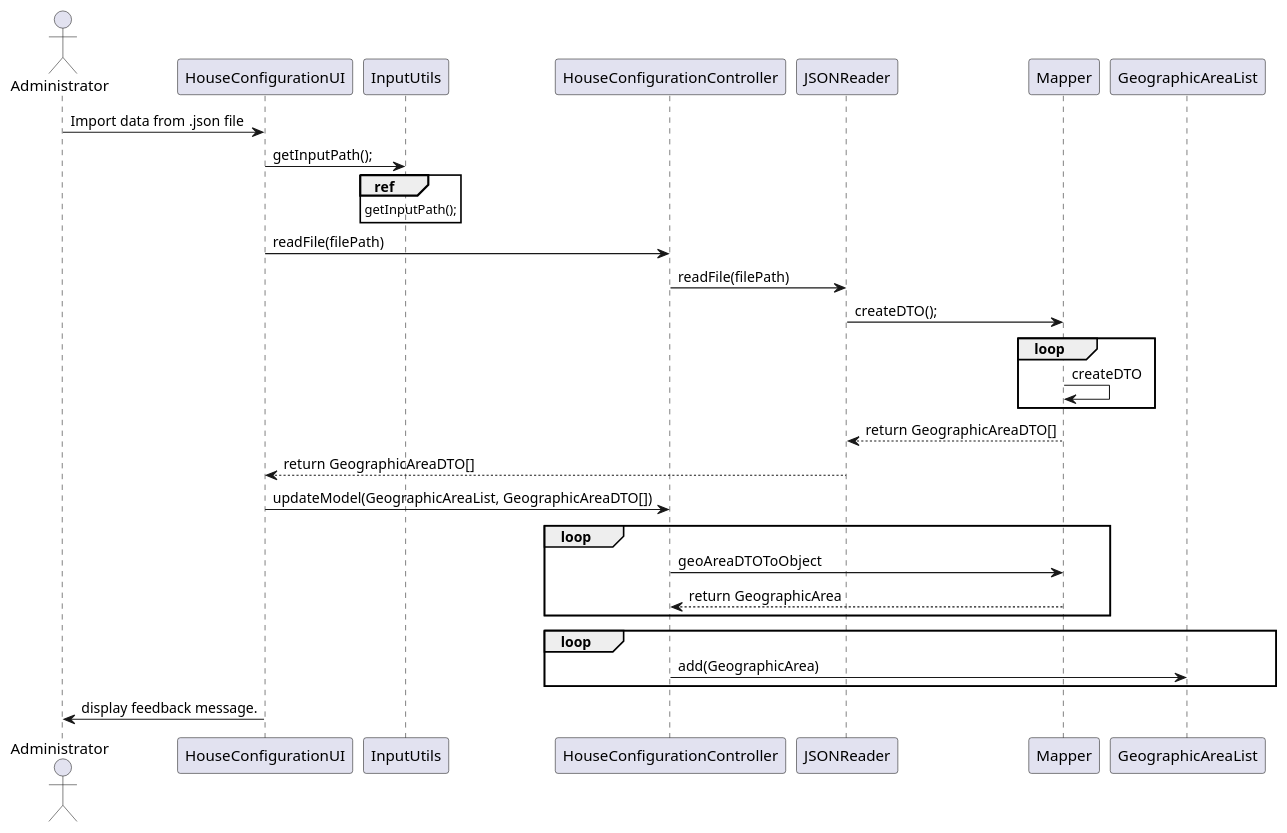
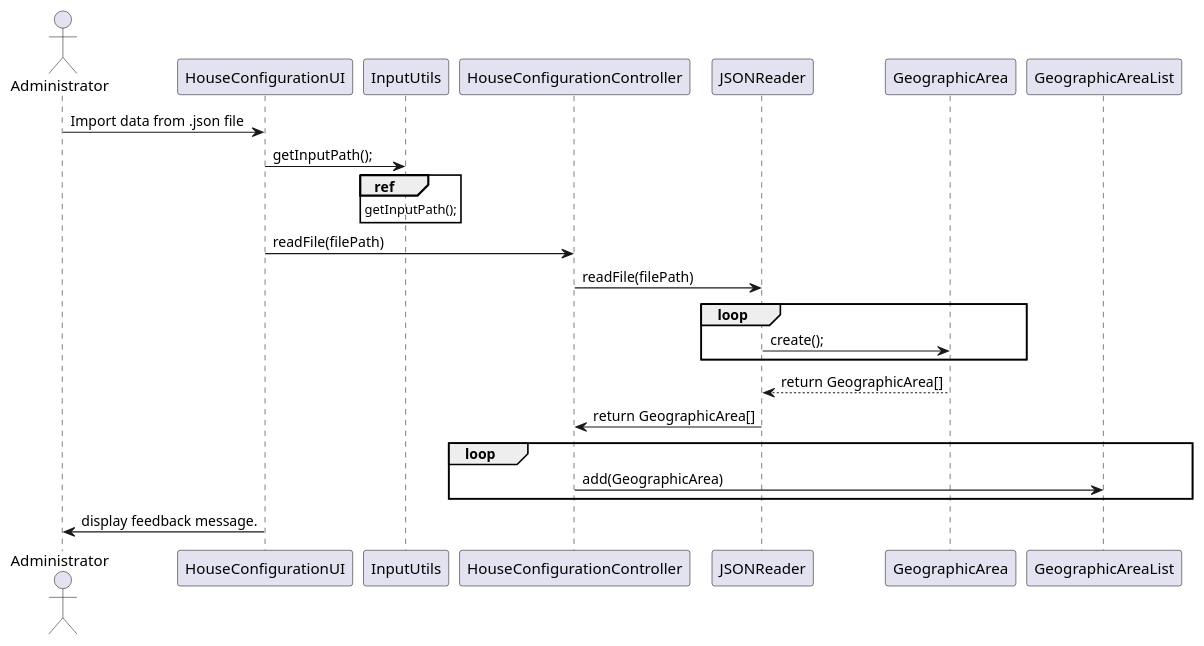
The diagram in src/doc/Controllers/HouseConfiguration/US15/US15_sd_HouseConfiguration.puml (Almadanmp/project), drawn with PlantUML before and after one commit. The commit also changed 1 other file, not shown here.

```diff
--- a/src/doc/Controllers/HouseConfiguration/US15/US15_sd_HouseConfiguration.puml
+++ b/src/doc/Controllers/HouseConfiguration/US15/US15_sd_HouseConfiguration.puml
@@ -1,25 +1,19 @@
 @startuml
 actor Administrator
 Administrator -> HouseConfigurationUI: Import data from .json file
 HouseConfigurationUI -> InputUtils: getInputPath();
 ref over InputUtils
 getInputPath();
 end ref
 HouseConfigurationUI -> HouseConfigurationController: readFile(filePath)
 HouseConfigurationController -> JSONReader: readFile(filePath)
-JSONReader -> Mapper: createDTO();
 loop
-Mapper -> Mapper: createDTO
+JSONReader -> GeographicArea: create();
 end loop
-Mapper --> JSONReader: return GeographicAreaDTO[]
-JSONReader --> HouseConfigurationUI: return GeographicAreaDTO[]
-HouseConfigurationUI -> HouseConfigurationController: updateModel(GeographicAreaList, GeographicAreaDTO[])
-loop
-HouseConfigurationController -> Mapper: geoAreaDTOToObject
-Mapper --> HouseConfigurationController: return GeographicArea
-end loop
+GeographicArea --> JSONReader: return GeographicArea[]
+JSONReader -> HouseConfigurationController: return GeographicArea[]
 loop
 HouseConfigurationController -> GeographicAreaList: add(GeographicArea)
 end loop
 HouseConfigurationUI -> Administrator: display feedback message.
 @enduml
```
